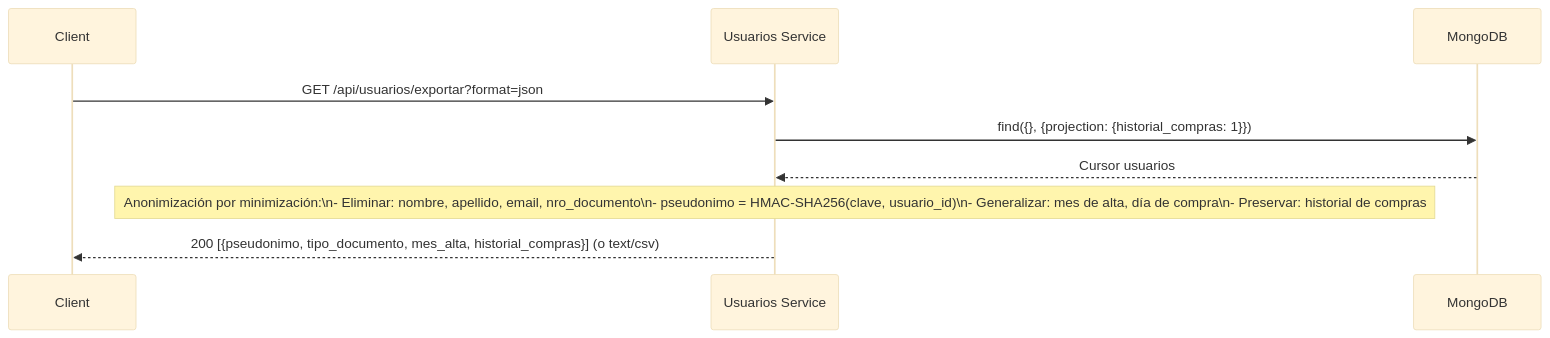
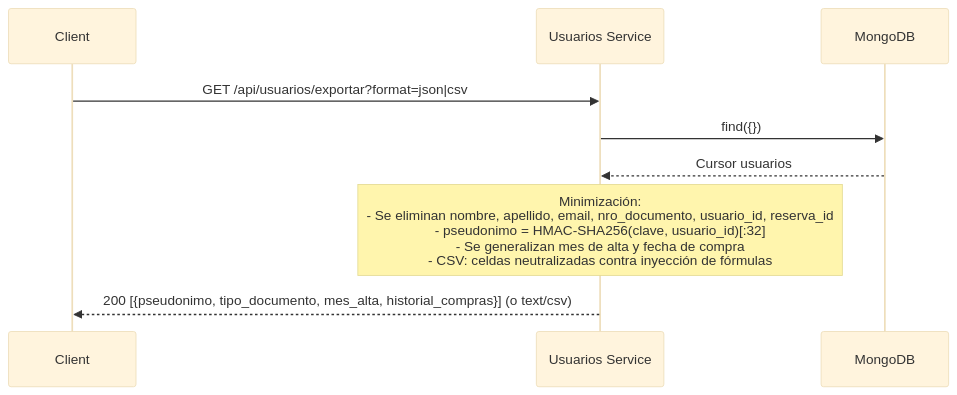
The third of 3 diagrams in TAREA 2/brain/architecture/data-flow.md (fmq203/FQ-NoSQL-2026), drawn with Mermaid (base theme) before and after one commit. The commit also changed other lines of this file and 34 other files, not shown here.

````diff
--- a/TAREA 2/brain/architecture/data-flow.md
+++ b/TAREA 2/brain/architecture/data-flow.md
@@ -84,14 +104,14 @@
 ```mermaid
 sequenceDiagram
     participant Client
     participant US as Usuarios Service
     participant MongoDB
 
-    Client->>US: GET /api/usuarios/exportar?format=json
-    US->>MongoDB: find({}, {projection: {historial_compras: 1}})
+    Client->>US: GET /api/usuarios/exportar?format=json|csv
+    US->>MongoDB: find({})
     MongoDB-->>US: Cursor usuarios
-    
-    Note over US: Anonimización por minimización:\n- Eliminar: nombre, apellido, email, nro_documento\n- pseudonimo = HMAC-SHA256(clave, usuario_id)\n- Generalizar: mes de alta, día de compra\n- Preservar: historial de compras
 
-    US-->>Client: 200 [{pseudonimo, tipo_documento, mes_alta, historial_compras}]  (o text/csv)
+    Note over US: Minimización:<br/>- Se eliminan nombre, apellido, email, nro_documento, usuario_id, reserva_id<br/>- pseudonimo = HMAC-SHA256(clave, usuario_id)[:32]<br/>- Se generalizan mes de alta y fecha de compra<br/>- CSV: celdas neutralizadas contra inyección de fórmulas
+
+    US-->>Client: 200 [{pseudonimo, tipo_documento, mes_alta, historial_compras}] (o text/csv)
 ```
````
